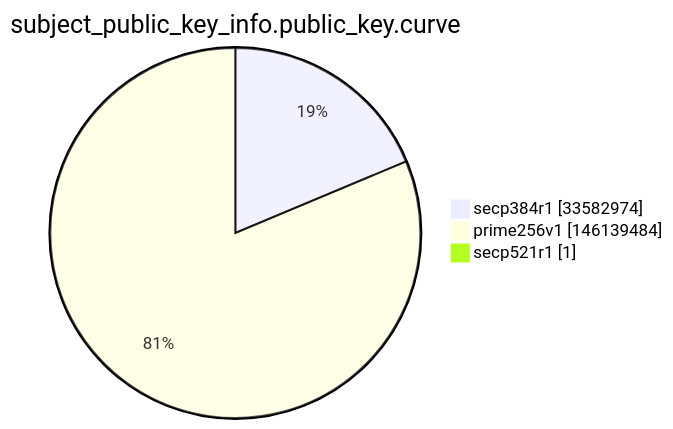
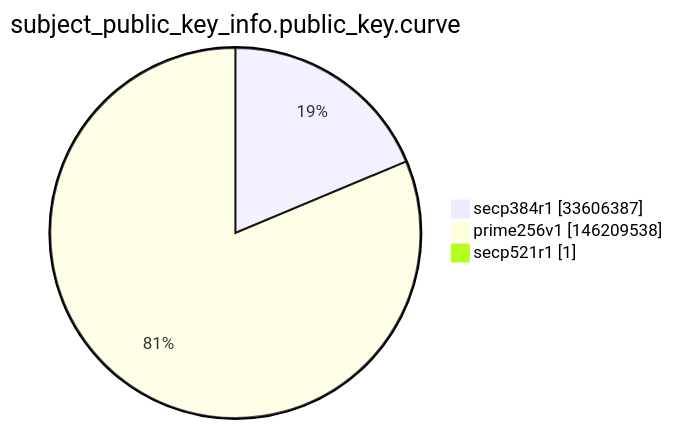
One commit to christiankrug/ctmonitor_visualization changed the ninth of 15 diagrams in argon2022/README.md. Above: the diagram before and after it, drawn with Mermaid. The commit also changed other lines of this file, not shown here.

````diff
--- a/argon2022/README.md
+++ b/argon2022/README.md
@@ -2764,7 +2764,7 @@
 ```mermaid
 pie showData
 title subject_public_key_info.public_key.curve
-"secp384r1" :33582974
-"prime256v1" :146139484
+"secp384r1" :33606387
+"prime256v1" :146209538
 "secp521r1" :1
 ```
````
